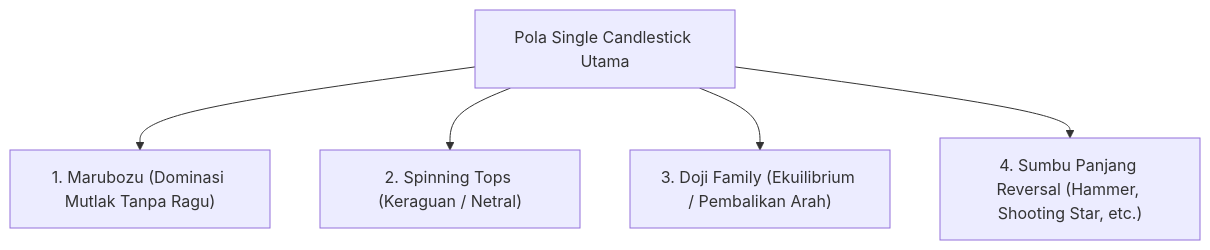
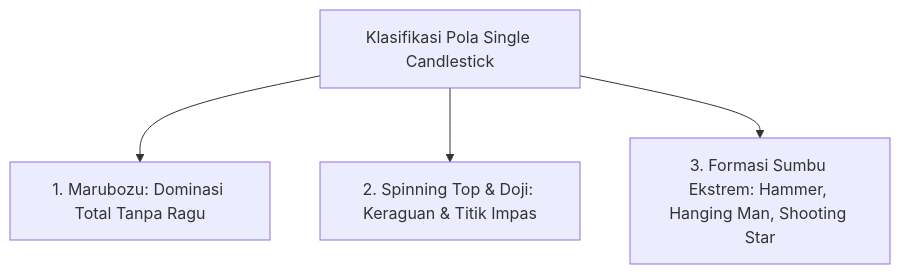
The third of 6 diagrams in docs/edianto-ong/24-candlestick-komprehensif.md (AlulCode45/Trading-Learning-Path), drawn with Mermaid before and after one commit. The commit also changed other lines of this file and 29 other files, not shown here.

Commit message:
docs(edianto-ong): upgrade all 29 chapters with beginner analogies, diagrams, step-by-step guides, and case studies

````diff
--- a/docs/edianto-ong/24-candlestick-komprehensif.md
+++ b/docs/edianto-ong/24-candlestick-komprehensif.md
@@ -52,8 +85,7 @@
 ```mermaid
 graph TD
-    SingleCandles["Pola Single Candlestick Utama"]
-    SingleCandles --> Marubozu["1. Marubozu (Dominasi Mutlak Tanpa Ragu)"]
-    SingleCandles --> Spinning["2. Spinning Tops (Keraguan / Netral)"]
-    SingleCandles --> Doji["3. Doji Family (Ekuilibrium / Pembalikan Arah)"]
-    SingleCandles --> Reversals["4. Sumbu Panjang Reversal (Hammer, Shooting Star, etc.)"]
+    Single["Klasifikasi Pola Single Candlestick"]
+    Single --> Maru["1. Marubozu: Dominasi Total Tanpa Ragu"]
+    Single --> Indecision["2. Spinning Top & Doji: Keraguan & Titik Impas"]
+    Single --> Pinbars["3. Formasi Sumbu Ekstrem: Hammer, Hanging Man, Shooting Star"]
 ```
````
